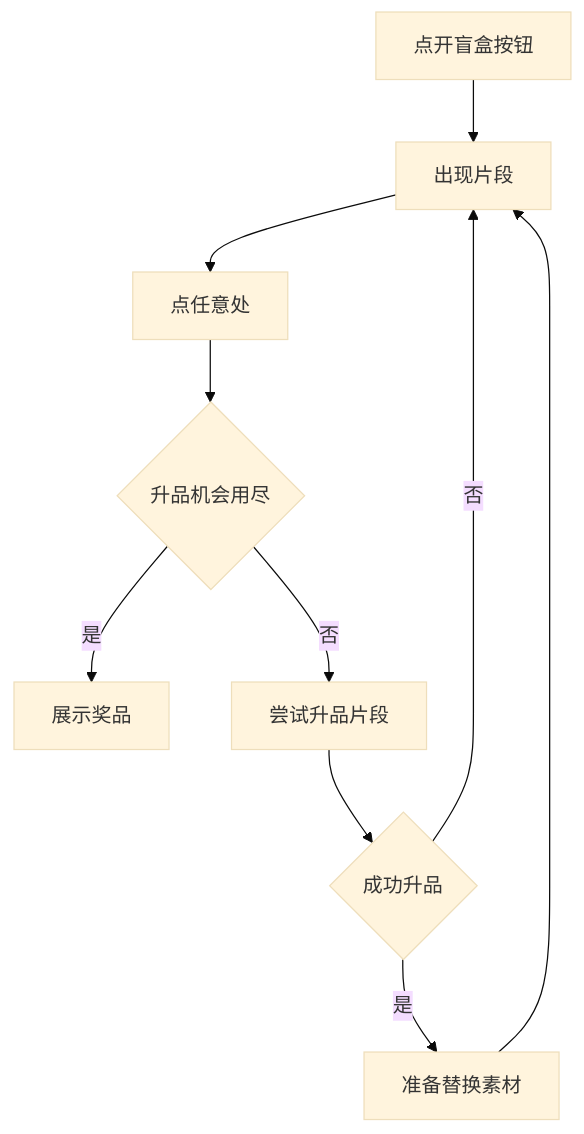
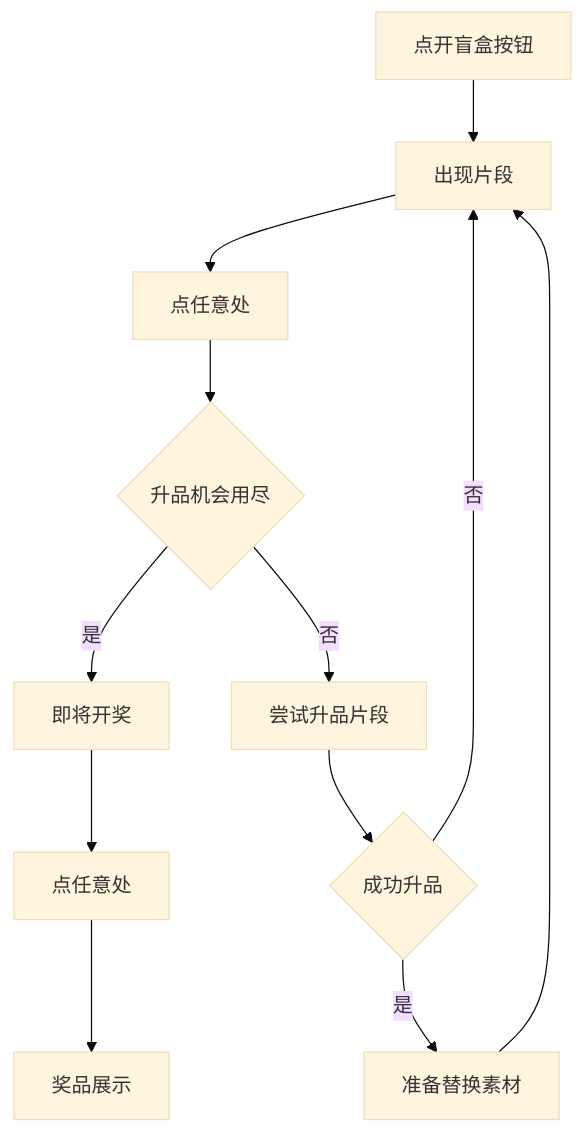
The diagram in docs/game-design/开盲盒动画表演过程说明.md (SeananTQ/lucky-dog-pub-2026), drawn with Mermaid (base theme) before and after one commit. The commit also changed other lines of this file and 1 other file, not shown here.

````diff
--- a/docs/game-design/开盲盒动画表演过程说明.md
+++ b/docs/game-design/开盲盒动画表演过程说明.md
@@ -6,12 +6,14 @@
 ```mermaid
 flowchart TD
     A[点开盲盒按钮] --> B[出现片段]
     B --> G[点任意处]
     G --> H{升品机会用尽}
-    H --> |是| I[展示奖品]
+    H --> |是| I[即将开奖]
     H --> |否| F[尝试升品片段]
     F --> C{成功升品}
     C -->|是| D[准备替换素材]
     C -->|否| B
     D --> B
+    I --> J[点任意处]    
+    J --> K[奖品展示]
 ```
````
